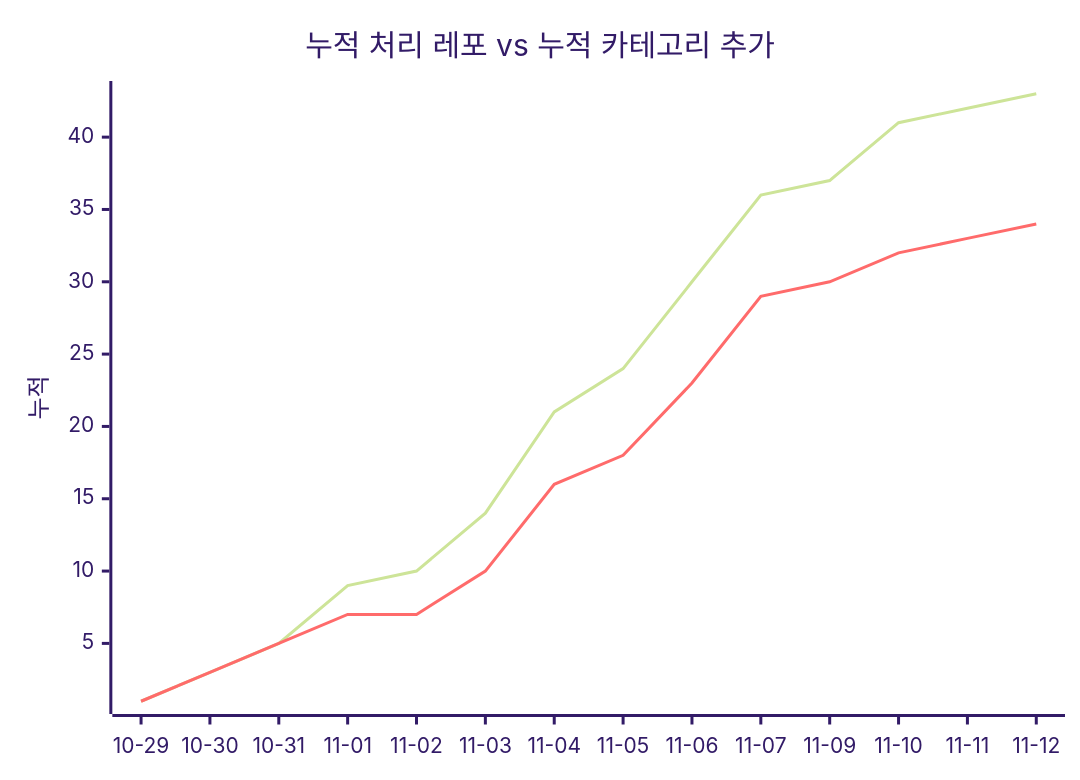
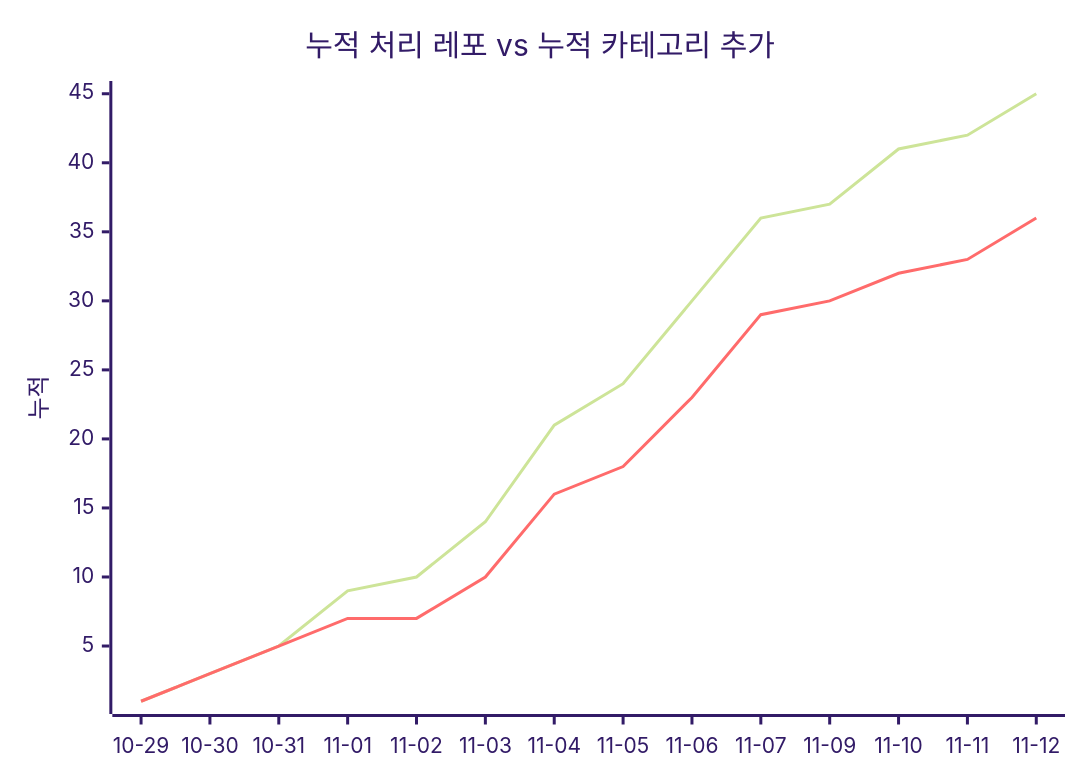
One commit to J-nowcow/awesome-korean-agent-skills changed the second of 2 diagrams in docs/trends.md. Above: the diagram before and after it, drawn with Mermaid (forest theme). The commit also changed other lines of this file and 5 other files, not shown here.

````diff
--- a/docs/trends.md
+++ b/docs/trends.md
@@ -68,8 +68,8 @@
 ```mermaid
 xychart-beta
     title "누적 처리 레포 vs 누적 카테고리 추가"
     x-axis ["10-29","10-30","10-31","11-01","11-02","11-03","11-04","11-05","11-06","11-07","11-09","11-10","11-11","11-12"]
     y-axis "누적"
-    line [1,3,5,9,10,14,21,24,30,36,37,41,42,43]
-    line [1,3,5,7,7,10,16,18,23,29,30,32,33,34]
+    line [1,3,5,9,10,14,21,24,30,36,37,41,42,45]
+    line [1,3,5,7,7,10,16,18,23,29,30,32,33,36]
 ```
````
